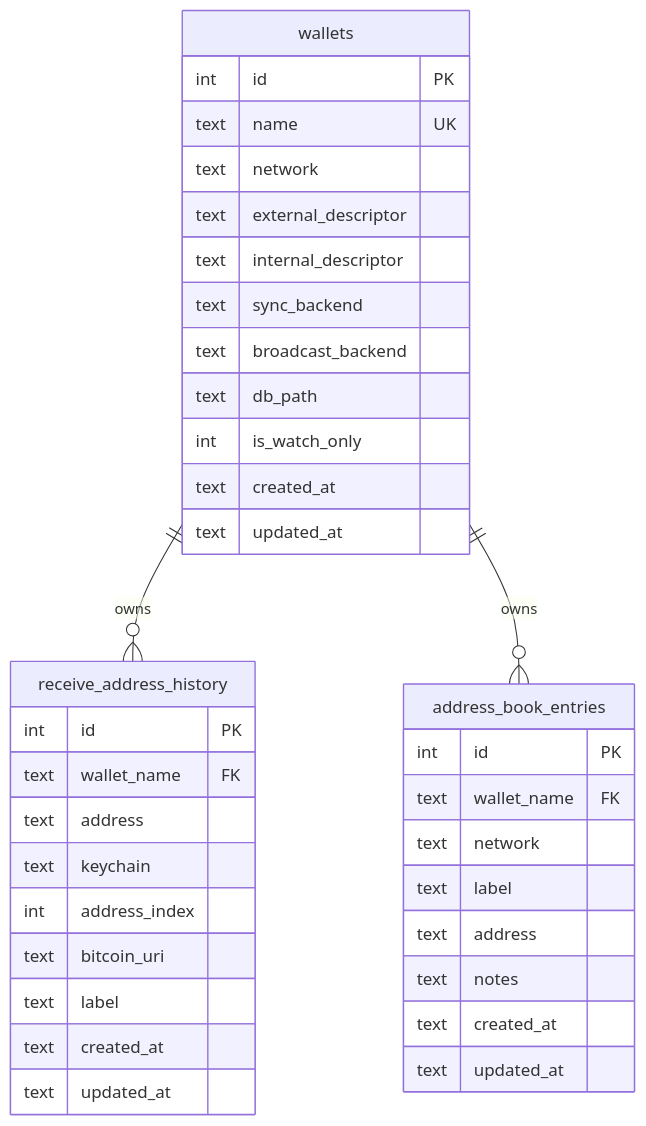
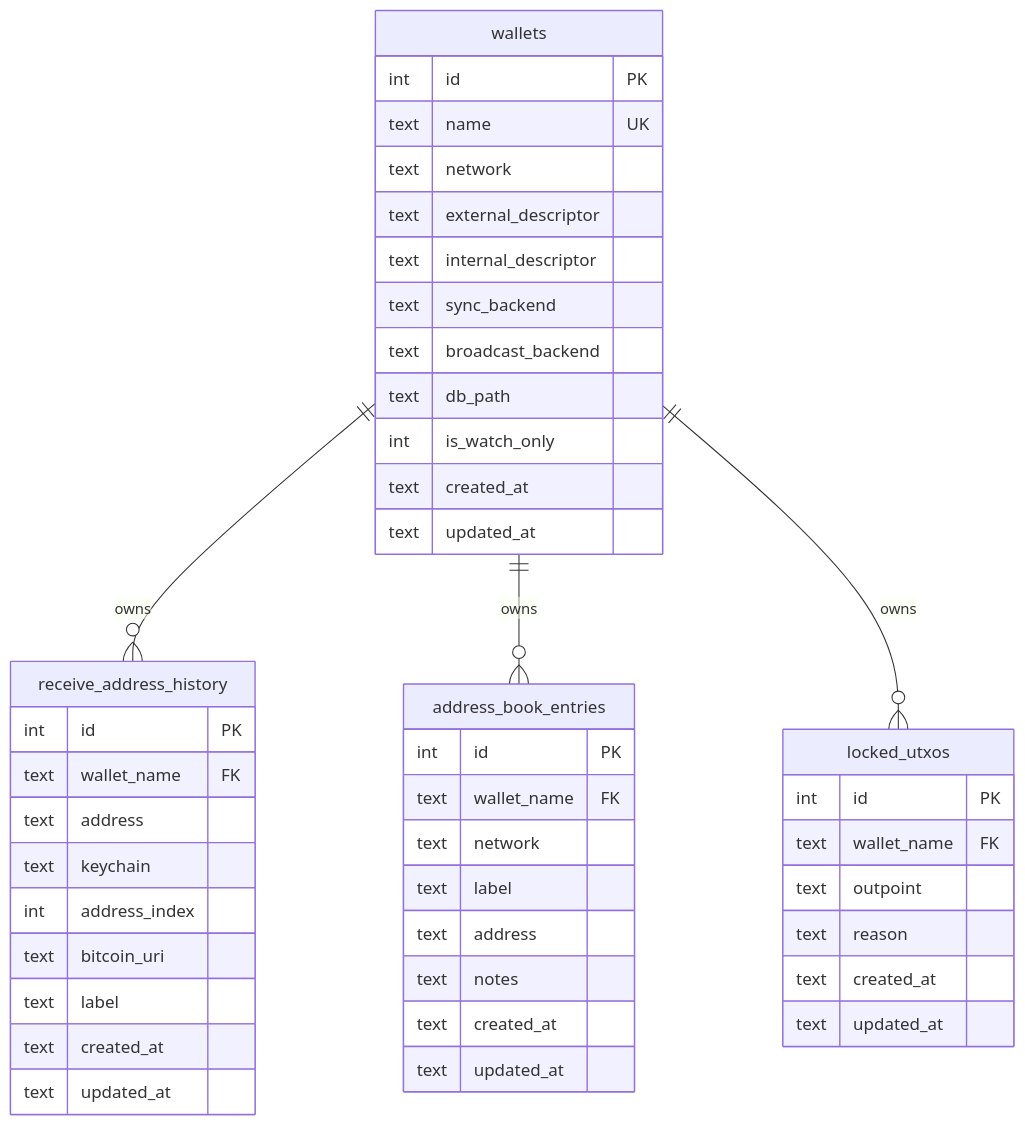
One commit to aeygenson/rust-descriptor-wallet changed the diagram in README.md. Above: the diagram before and after it, drawn with Mermaid. The commit also changed other lines of this file and 47 other files, not shown here.

````diff
--- a/README.md
+++ b/README.md
@@ -97,42 +97,52 @@
 ```mermaid
 erDiagram
     wallets ||--o{ receive_address_history : "owns"
     wallets ||--o{ address_book_entries : "owns"
+    wallets ||--o{ locked_utxos : "owns"
 
     wallets {
         int id PK
         text name UK
         text network
         text external_descriptor
         text internal_descriptor
         text sync_backend
         text broadcast_backend
         text db_path
         int is_watch_only
         text created_at
         text updated_at
     }
 
     receive_address_history {
         int id PK
         text wallet_name FK
         text address
         text keychain
         int address_index
         text bitcoin_uri
         text label
         text created_at
         text updated_at
     }
 
     address_book_entries {
         int id PK
         text wallet_name FK
         text network
         text label
         text address
         text notes
         text created_at
         text updated_at
     }
+
+    locked_utxos {
+        int id PK
+        text wallet_name FK
+        text outpoint
+        text reason
+        text created_at
+        text updated_at
+    }
 ```
````
